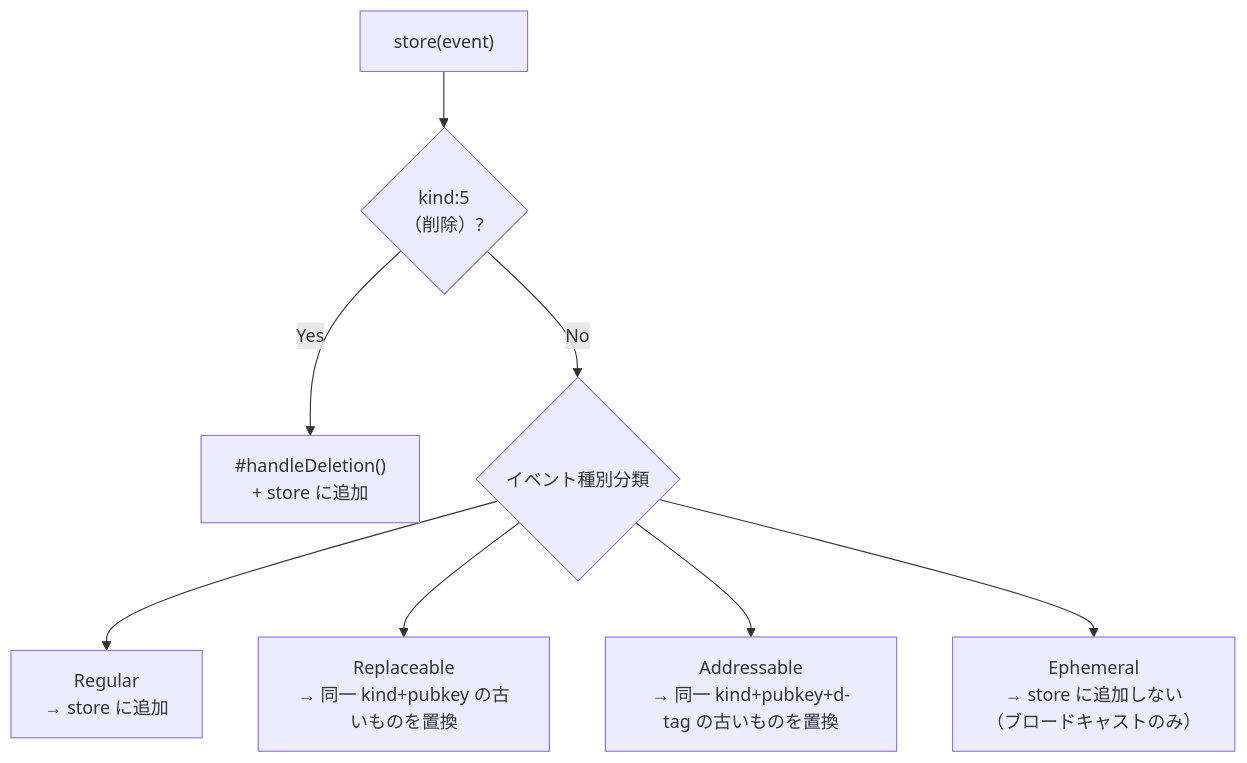
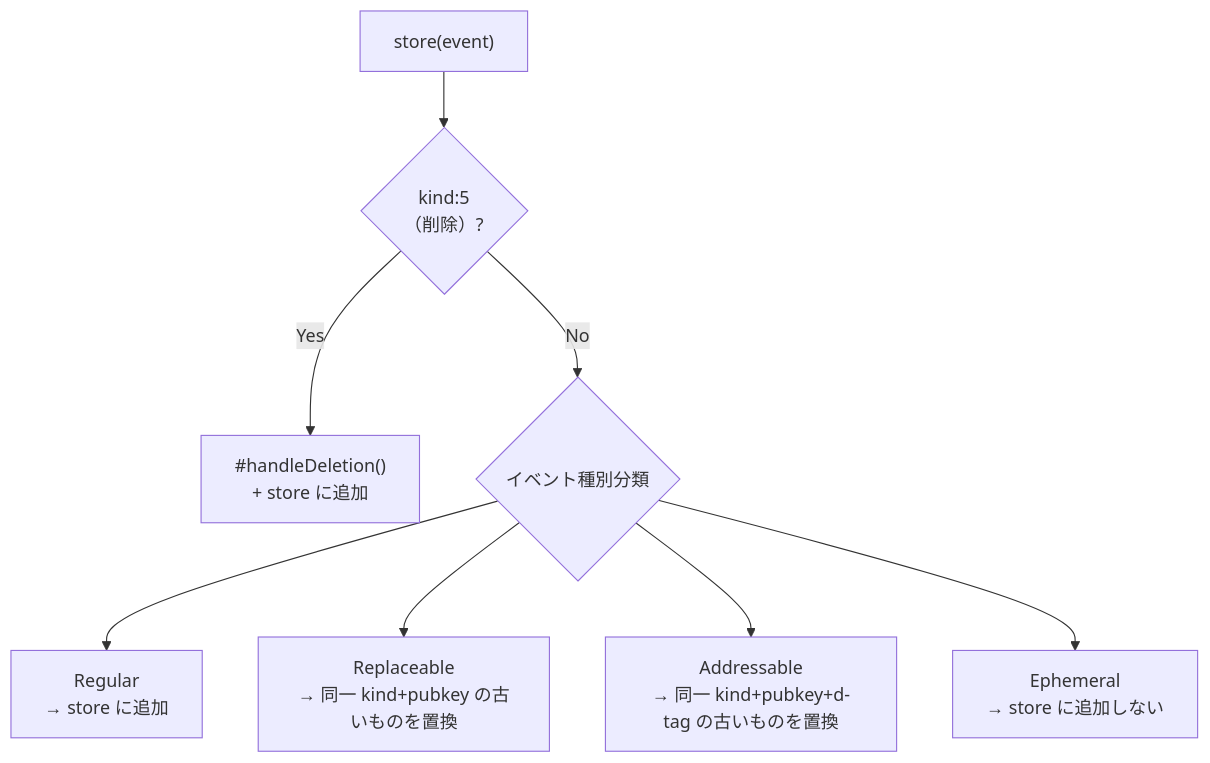
One commit to ikuradon/tsunagiya changed the eighth of 15 diagrams in docs/reference/architecture.md. Above: the diagram before and after it, drawn with Mermaid. The commit also changed other lines of this file and 9 other files, not shown here.

````diff
--- a/docs/reference/architecture.md
+++ b/docs/reference/architecture.md
@@ -261,10 +266,10 @@
 ```mermaid
 flowchart TD
     Store["store(event)"] --> K5{"kind:5\n（削除）?"}
     K5 -->|"Yes"| Del["#handleDeletion()\n+ store に追加"]
     K5 -->|"No"| KClass{"イベント種別分類"}
     KClass --> Regular["Regular\n→ store に追加"]
     KClass --> Repl["Replaceable\n→ 同一 kind+pubkey の古いものを置換"]
     KClass --> ParamRepl["Addressable\n→ 同一 kind+pubkey+d-tag の古いものを置換"]
-    KClass --> Ephem["Ephemeral\n→ store に追加しない\n（ブロードキャストのみ）"]
+    KClass --> Ephem["Ephemeral\n→ store に追加しない"]
 ```
````
